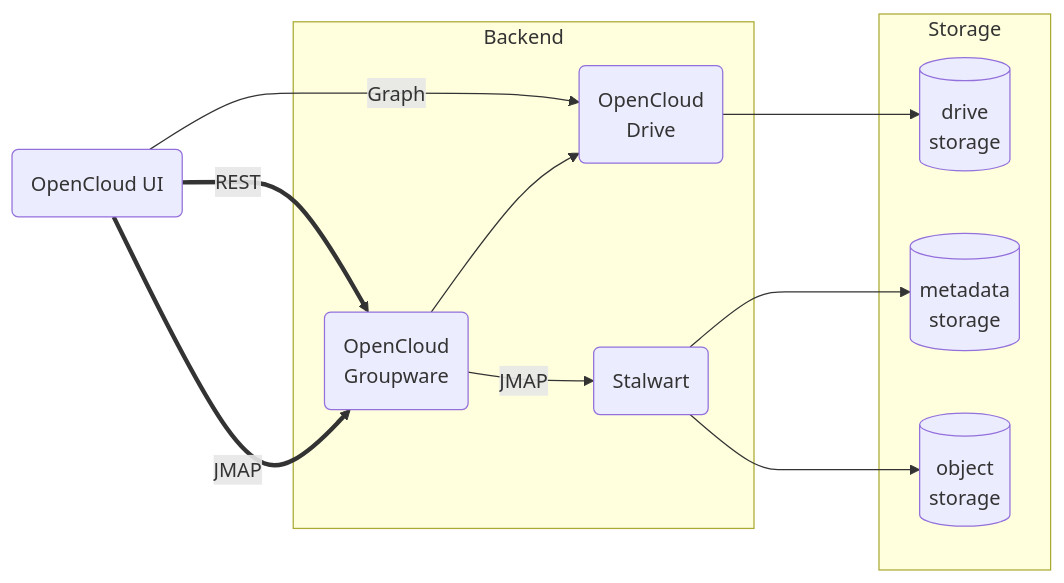
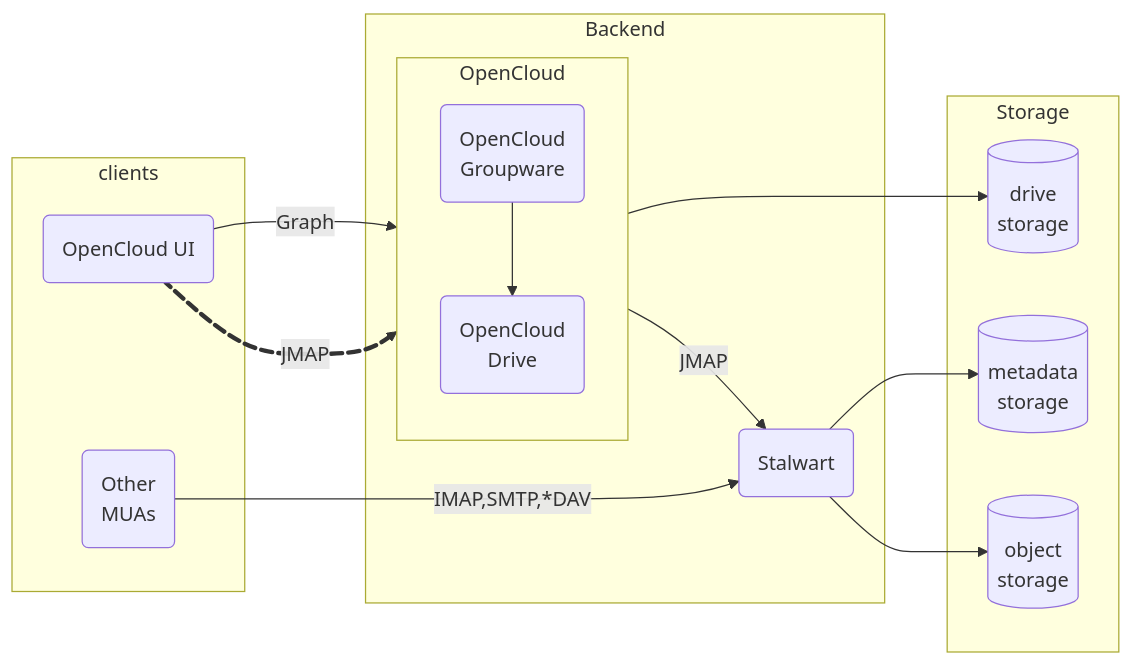
The third of 4 diagrams in docs/adr/groupware/0006-webui-api.md (mrodozov/opencloud), drawn with Mermaid before and after one commit. The commit also changed other lines of this file, not shown here.

````diff
--- a/docs/adr/groupware/0006-webui-api.md
+++ b/docs/adr/groupware/0006-webui-api.md
@@ -213,22 +359,29 @@
 ```mermaid
 graph LR
-  c(OpenCloud UI)
+  subgraph clients
+    ui(OpenCloud UI)
+    muas(Other<br>MUAs)
+  end
   subgraph Backend
-    g("OpenCloud<br>Groupware")
-    o("OpenCloud<br>Drive")
-    s(Stalwart)
+    subgraph OpenCloud
+      direction TB
+      groupware("OpenCloud<br>Groupware")
+      drive("OpenCloud<br>Drive")
+    end
+    stalwart(Stalwart)
   end
   subgraph Storage
-    ds[(drive<br>storage)]
-    mds[(metadata<br>storage)]
-    ms[(object<br>storage)]
+    drive_storage[(drive<br>storage)]
+    stalwart_metadata[(metadata<br>storage)]
+    stalwart_storage[(object<br>storage)]
   end
-  c==>|JMAP|g
-  c==>|REST|g
-  g-->o
-  g-->|JMAP|s
-  c-->|Graph|o
-  o-->ds
-  s-->mds
-  s-->ms
+  ui y@==>|JMAP|groupware
+  y@{ animate: true }
+  ui-->|Graph|drive
+  muas-->|IMAP,SMTP,*DAV|stalwart
+  groupware-->drive
+  groupware-->|JMAP|stalwart
+  drive-->drive_storage
+  stalwart-->stalwart_metadata
+  stalwart-->stalwart_storage
 ```
````
